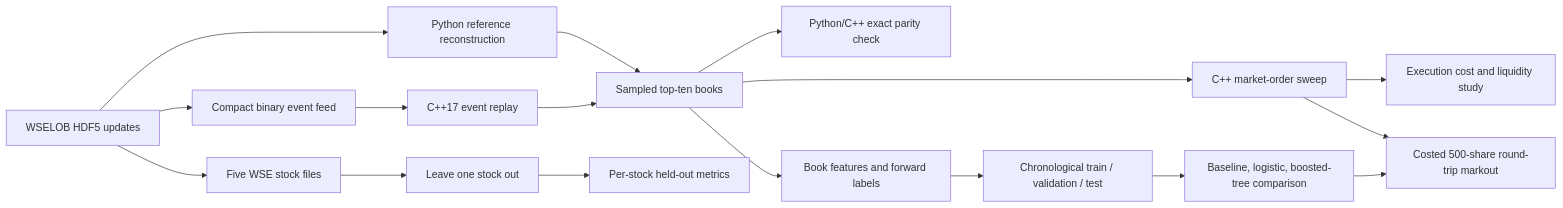
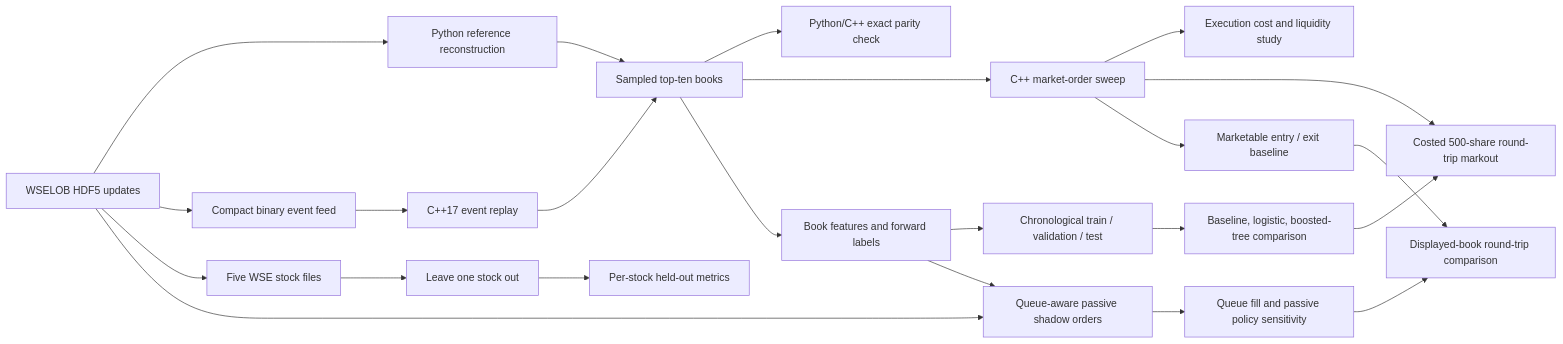
The diagram in README.md (ArnabIITP/mosaic-orderbook), drawn with Mermaid before and after one commit. The commit also changed other lines of this file and 17 other files, not shown here.

Commit message:
Add execution-aware queue research and demo

````diff
--- a/README.md
+++ b/README.md
@@ -54,19 +62,25 @@
 ```mermaid
 flowchart LR
     A[WSELOB HDF5 updates] --> B[Python reference reconstruction]
     A --> C[Compact binary event feed]
     C --> D[C++17 event replay]
     B --> E[Sampled top-ten books]
     D --> E
     E --> F[Python/C++ exact parity check]
     E --> G[C++ market-order sweep]
     G --> H[Execution cost and liquidity study]
     E --> I[Book features and forward labels]
     I --> J[Chronological train / validation / test]
     J --> K[Baseline, logistic, boosted-tree comparison]
     A --> M[Five WSE stock files]
     M --> N[Leave one stock out]
     N --> O[Per-stock held-out metrics]
     G --> L[Costed 500-share round-trip markout]
     K --> L
+    I --> P[Queue-aware passive shadow orders]
+    A --> P
+    P --> Q[Queue fill and passive policy sensitivity]
+    G --> R[Marketable entry / exit baseline]
+    Q --> S[Displayed-book round-trip comparison]
+    R --> S
 ```
````
